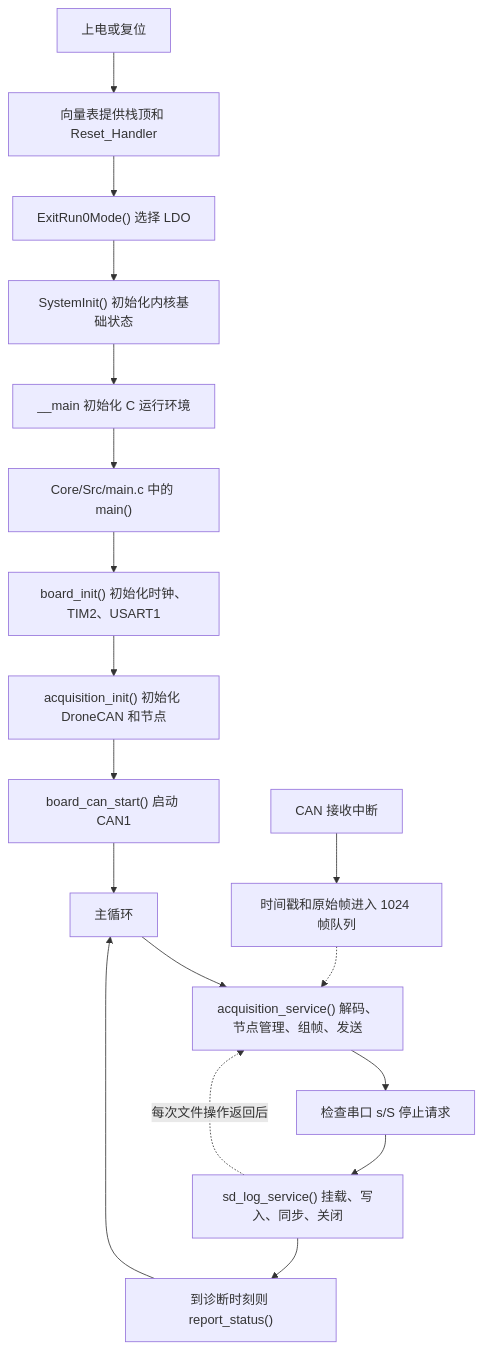
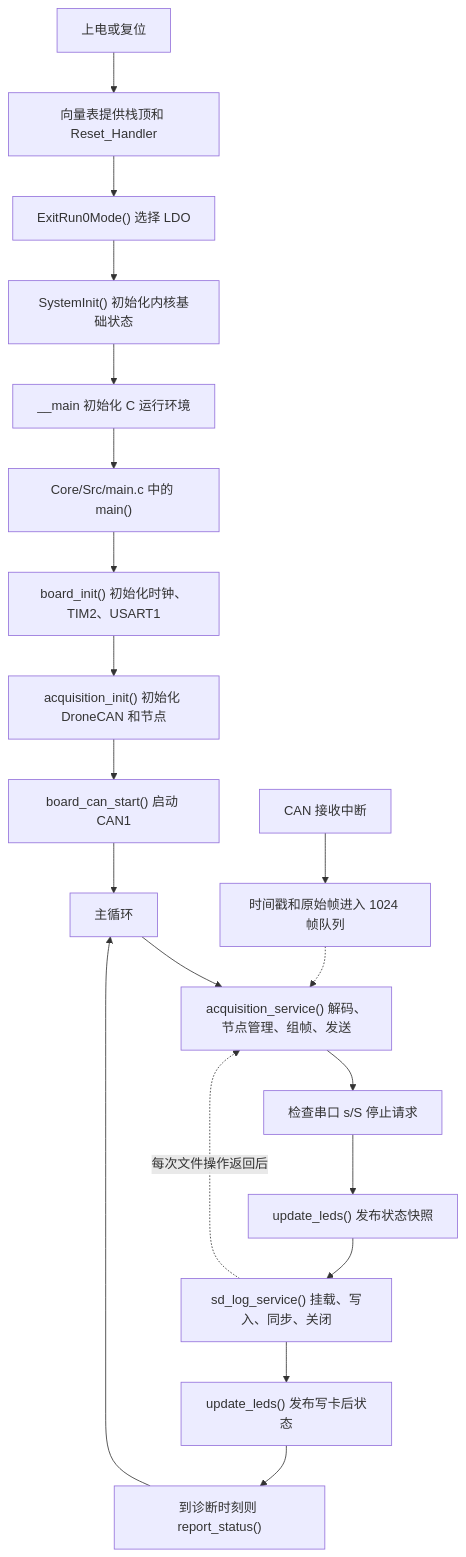
Before and after one commit to IntellBrick/Flight-data-acquisition-unit: the diagram in docs/can1_sd_logging_code_guide.md, drawn with Mermaid. The commit also changed other lines of this file and 3373 other files, not shown here.

````diff
--- a/docs/can1_sd_logging_code_guide.md
+++ b/docs/can1_sd_logging_code_guide.md
@@ -11,20 +11,22 @@
 ```mermaid
 flowchart TD
     Reset["上电或复位"] --> Vector["向量表提供栈顶和 Reset_Handler"]
     Vector --> Power["ExitRun0Mode() 选择 LDO"]
     Power --> System["SystemInit() 初始化内核基础状态"]
     System --> Runtime["__main 初始化 C 运行环境"]
     Runtime --> Main["Core/Src/main.c 中的 main()"]
     Main --> Board["board_init() 初始化时钟、TIM2、USART1"]
     Board --> Acq["acquisition_init() 初始化 DroneCAN 和节点"]
     Acq --> CAN["board_can_start() 启动 CAN1"]
     CAN --> Loop["主循环"]
     Loop --> Service["acquisition_service() 解码、节点管理、组帧、发送"]
     Service --> Stop["检查串口 s/S 停止请求"]
-    Stop --> SD["sd_log_service() 挂载、写入、同步、关闭"]
-    SD --> Report["到诊断时刻则 report_status()"]
+    Stop --> LEDBefore["update_leds() 发布状态快照"]
+    LEDBefore --> SD["sd_log_service() 挂载、写入、同步、关闭"]
+    SD --> LEDAfter["update_leds() 发布写卡后状态"]
+    LEDAfter --> Report["到诊断时刻则 report_status()"]
     Report --> Loop
     Interrupt["CAN 接收中断"] --> Queue["时间戳和原始帧进入 1024 帧队列"]
     Queue -.-> Service
     SD -. "每次文件操作返回后" .-> Service
 ```
````
